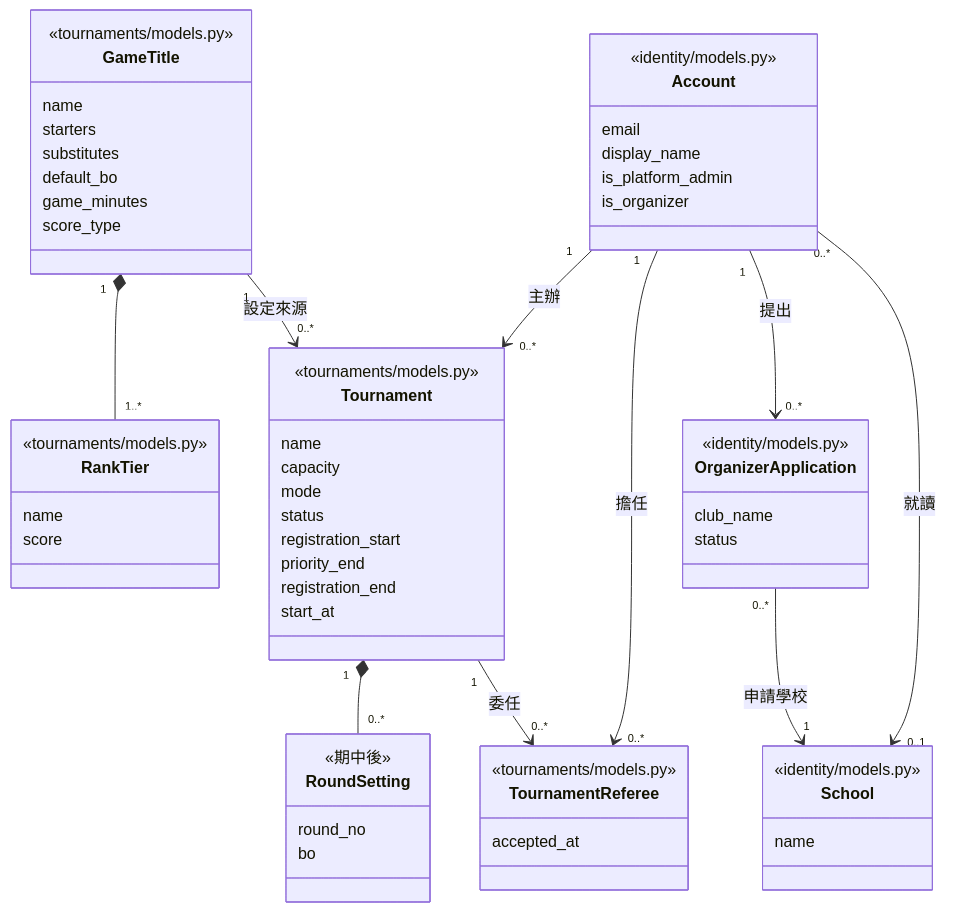
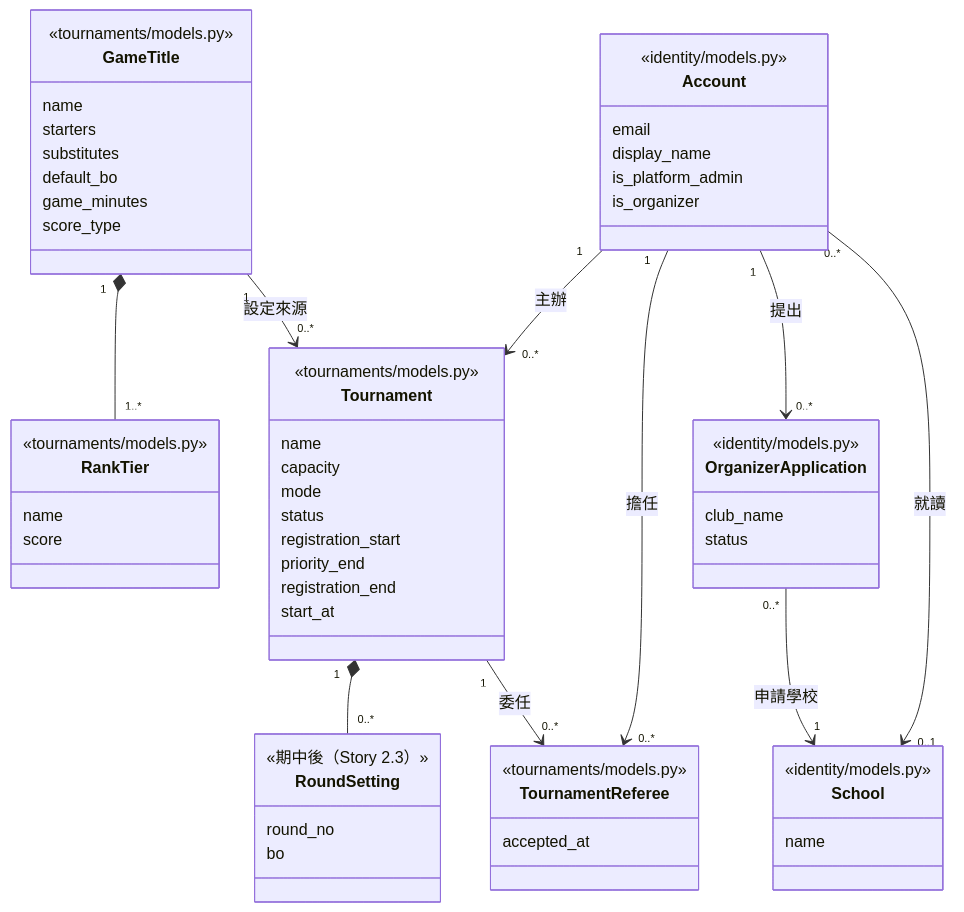
Diagram 13 of 19 in docs/midterm/B-軟體需求分析文件.md (Team14good/esport-platform), drawn with Mermaid before and after one commit. The commit also changed other lines of this file and 23 other files, not shown here.

First line of the commit message:
docs: 依 PR #92 審查修正 B、C、D 的圖與程式標註

````diff
--- a/docs/midterm/B-軟體需求分析文件.md
+++ b/docs/midterm/B-軟體需求分析文件.md
@@ -1247,62 +1248,62 @@
 ```mermaid
 classDiagram
   class School {
     <<identity/models.py>>
     name
   }
   class Account {
     <<identity/models.py>>
     email
     display_name
     is_platform_admin
     is_organizer
   }
   class OrganizerApplication {
     <<identity/models.py>>
     club_name
     status
   }
   class GameTitle {
     <<tournaments/models.py>>
     name
     starters
     substitutes
     default_bo
     game_minutes
     score_type
   }
   class RankTier {
     <<tournaments/models.py>>
     name
     score
   }
   class Tournament {
     <<tournaments/models.py>>
     name
     capacity
     mode
     status
     registration_start
     priority_end
     registration_end
     start_at
   }
   class RoundSetting {
-    <<期中後>>
+    <<期中後（Story 2.3）>>
     round_no
     bo
   }
   class TournamentReferee {
     <<tournaments/models.py>>
     accepted_at
   }
   GameTitle "1" *-- "1..*" RankTier
   GameTitle "1" --> "0..*" Tournament : 設定來源
   Account "1" --> "0..*" Tournament : 主辦
   Tournament "1" *-- "0..*" RoundSetting
   Tournament "1" --> "0..*" TournamentReferee : 委任
   Account "1" --> "0..*" TournamentReferee : 擔任
   Account "1" --> "0..*" OrganizerApplication : 提出
   OrganizerApplication "0..*" --> "1" School : 申請學校
   Account "0..*" --> "0..1" School : 就讀
 ```
````
